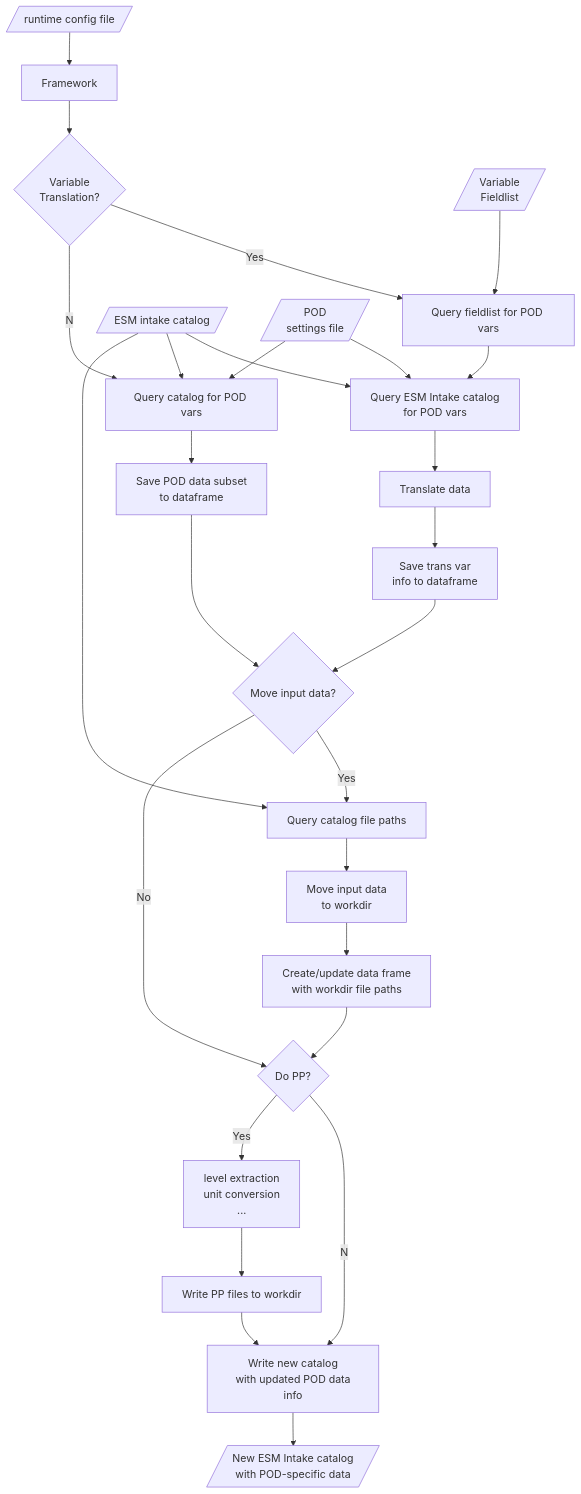
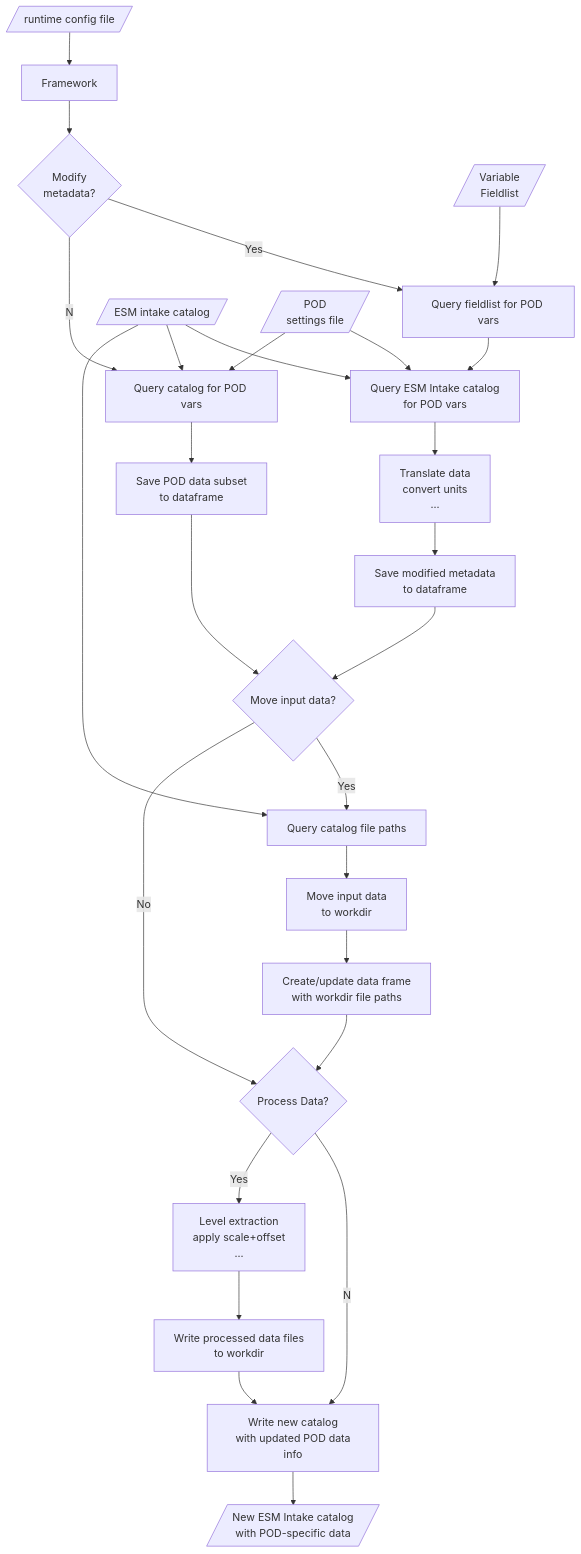
One commit to NOAA-GFDL/MDTF-diagnostics changed the diagram in doc/pp_flow_diagram.md. Above: the diagram before and after it, drawn with Mermaid.

Commit message:
modify flowchart preprocessing description make flowchart labels camelCase

````diff
--- a/doc/pp_flow_diagram.md
+++ b/doc/pp_flow_diagram.md
@@ -1,29 +1,29 @@
 ```mermaid
   flowchart TD
-    rtconfig[/runtime config file/]-->fw[framework]
-    fw[Framework]-->translateyn{Variable\n Translation?}
-    translateyn-- Yes -->queryfieldlist[Query fieldlist for POD vars]
-    fieldlist[/Variable\n Fieldlist/]-->queryfieldlist
-    queryfieldlist-->querycatvar[Query ESM Intake catalog\n for POD vars]
-    cat1[/ESM intake catalog/]-->querycatvar
-    podset[/POD\n settings file/]-->querycatvar
-    querycatvar-->dotranslate[Translate data]
-    dotranslate-->adddf[Save trans var\n info to dataframe]
-    adddf-->movefilesyn{Move input data?}
-    translateyn-- No-->querycatvarnot[Query catalog for POD vars]
-    podset-->querycatvarnot
-    cat1-->querycatvarnot
-    querycatvarnot-->adddf2[Save POD data subset\n to dataframe]
-    adddf2-->movefilesyn
-    movefilesyn-- Yes-->querycatfiles[Query catalog file paths]
-    cat1-->querycatfiles
-    querycatfiles-->movefiles[Move input data\n to workdir]
-    movefiles-->moddf[Create/update data frame\n with workdir file paths]
-    movefilesyn-- No -->ppyn{Do PP?}
-    moddf-->ppyn
-    ppyn-- No-->newcat[Write new catalog\n with updated POD data info]
-    ppyn-- Yes-->dopp[level extraction\n unit conversion\n ... ]
-    dopp-->writeppfiles[Write PP files to workdir]
-    writeppfiles-->newcat
-    newcat-->cat2[/New ESM Intake catalog\n with POD-specific data/]
+    rtConfig[/runtime config file/]-->fw[framework]
+    fw[Framework]-->modMetadataYN{Modify\n metadata?}
+    modMetadataYN-- Yes -->queryFieldlist[Query fieldlist for POD vars]
+    fieldlist[/Variable\n Fieldlist/]-->queryFieldlist
+    queryFieldlist-->queryCatVar[Query ESM Intake catalog\n for POD vars]
+    cat1[/ESM intake catalog/]-->queryCatVar
+    podSet[/POD\n settings file/]-->queryCatVar
+    queryCatVar-->doMetadataMod[Translate data\n convert units\n ...]
+    doMetadataMod-->addDF[Save modified metadata\n to dataframe]
+    addDF-->moveFilesYN{Move input data?}
+    modMetadataYN-- No-->queryCatVarOnly[Query catalog for POD vars]
+    podSet-->queryCatVarOnly
+    cat1-->queryCatVarOnly
+    queryCatVarOnly-->addDF2[Save POD data subset\n to dataframe]
+    addDF2-->moveFilesYN
+    moveFilesYN-- Yes-->queryCatFiles[Query catalog file paths]
+    cat1-->queryCatFiles
+    queryCatFiles-->moveFiles[Move input data\n to workdir]
+    moveFiles-->modDF[Create/update data frame\n with workdir file paths]
+    moveFilesYN-- No -->ppYN{Process Data?}
+    modDF-->ppYN
+    ppYN-- No-->makeNewCat[Write new catalog\n with updated POD data info]
+    ppYN-- Yes-->doPP[Level extraction\n apply scale+offset\n ... ]
+    doPP-->writePPFiles[Write processed data files\n to workdir]
+    writePPFiles-->makeNewCat
+    makeNewCat-->cat2[/New ESM Intake catalog\n with POD-specific data/]
 ```
````
